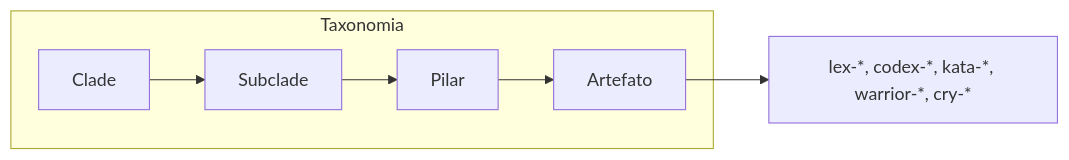
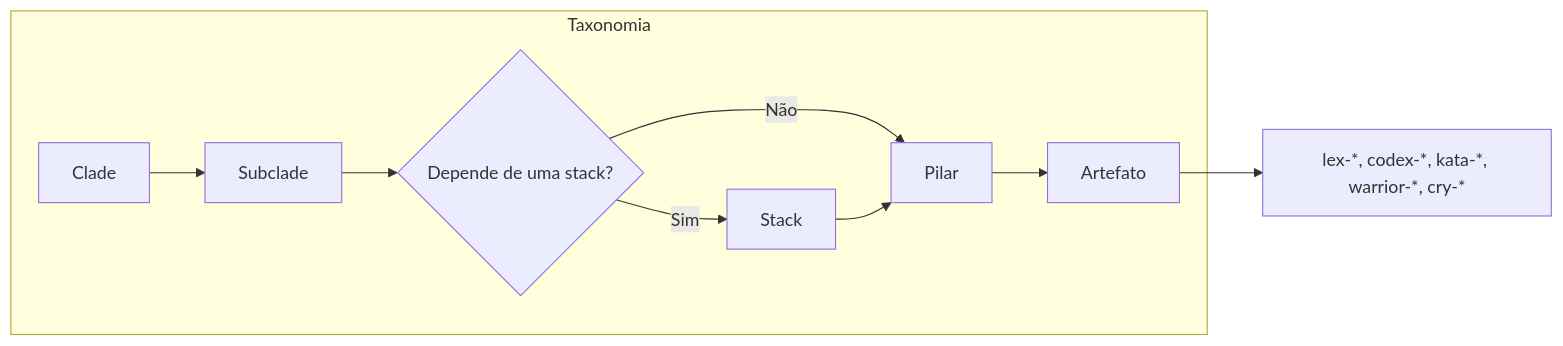
Before and after one commit to guardiatechnology/ahrena: the first of 3 diagrams in framework/pt-BR/README.md, drawn with Mermaid. The commit also changed other lines of this file and 213 other files, not shown here.

````diff
--- a/framework/pt-BR/README.md
+++ b/framework/pt-BR/README.md
@@ -48,9 +48,12 @@
 ```mermaid
 flowchart LR
   subgraph Taxonomia
     A[Clade] --> B[Subclade]
-    B --> C[Pilar]
-    C --> D[Artefato]
+    B --> C{Depende de uma stack?}
+    C -->|Não| D[Pilar]
+    C -->|Sim| S[Stack]
+    S --> D
+    D --> E[Artefato]
   end
-  D --> E["lex-*, codex-*, kata-*, warrior-*, cry-*"]
+  E --> F["lex-*, codex-*, kata-*, warrior-*, cry-*"]
 ```
````
